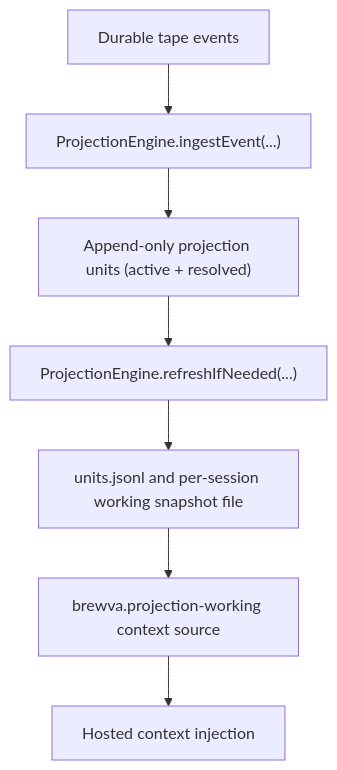
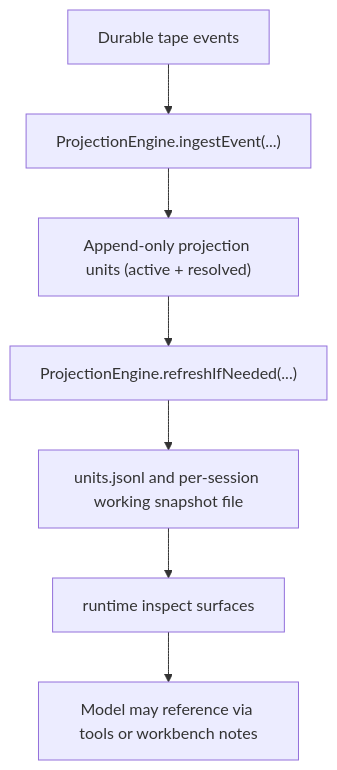
Before and after one commit to arcthur/brewva: the diagram in docs/reference/working-projection.md, drawn with Mermaid. The commit also changed other lines of this file and 523 other files, not shown here.

First line of the commit message:
feat(runtime)!: complete model-operated context reset

````diff
--- a/docs/reference/working-projection.md
+++ b/docs/reference/working-projection.md
@@ -17,9 +16,9 @@
 ```mermaid
 flowchart TD
   A["Durable tape events"] --> B["ProjectionEngine.ingestEvent(...)"]
   B --> C["Append-only projection units (active + resolved)"]
   C --> D["ProjectionEngine.refreshIfNeeded(...)"]
   D --> E["units.jsonl and per-session working snapshot file"]
-  E --> F["brewva.projection-working context source"]
-  F --> G["Hosted context injection"]
+  E --> F["runtime inspect surfaces"]
+  F --> G["Model may reference via tools or workbench notes"]
 ```
````
